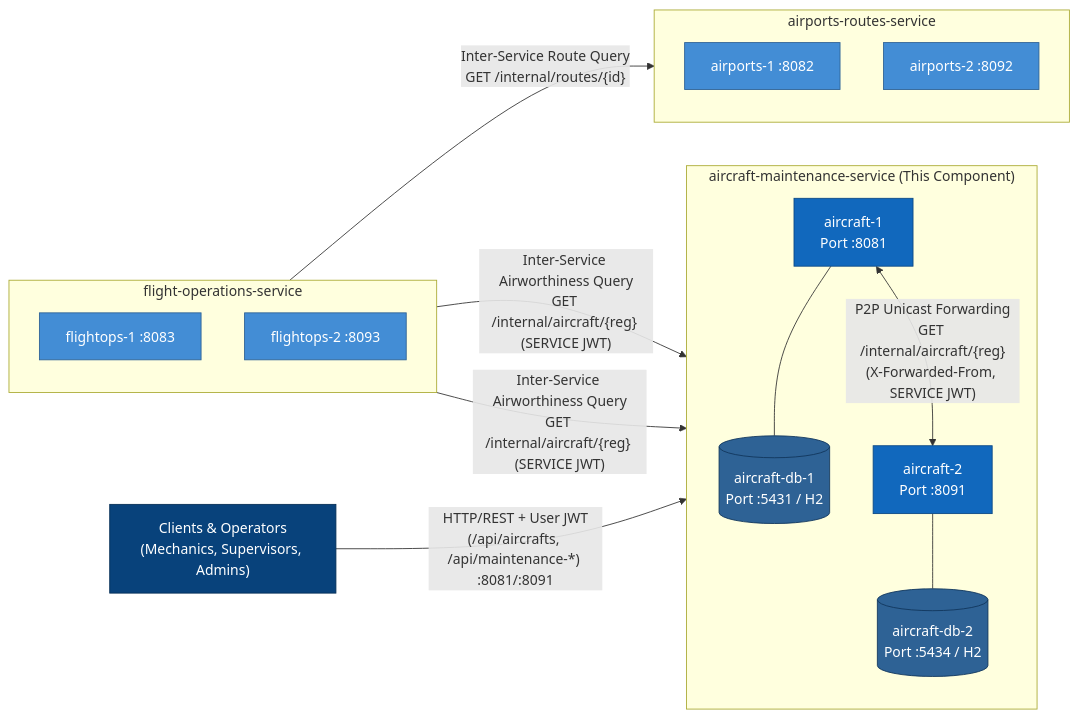
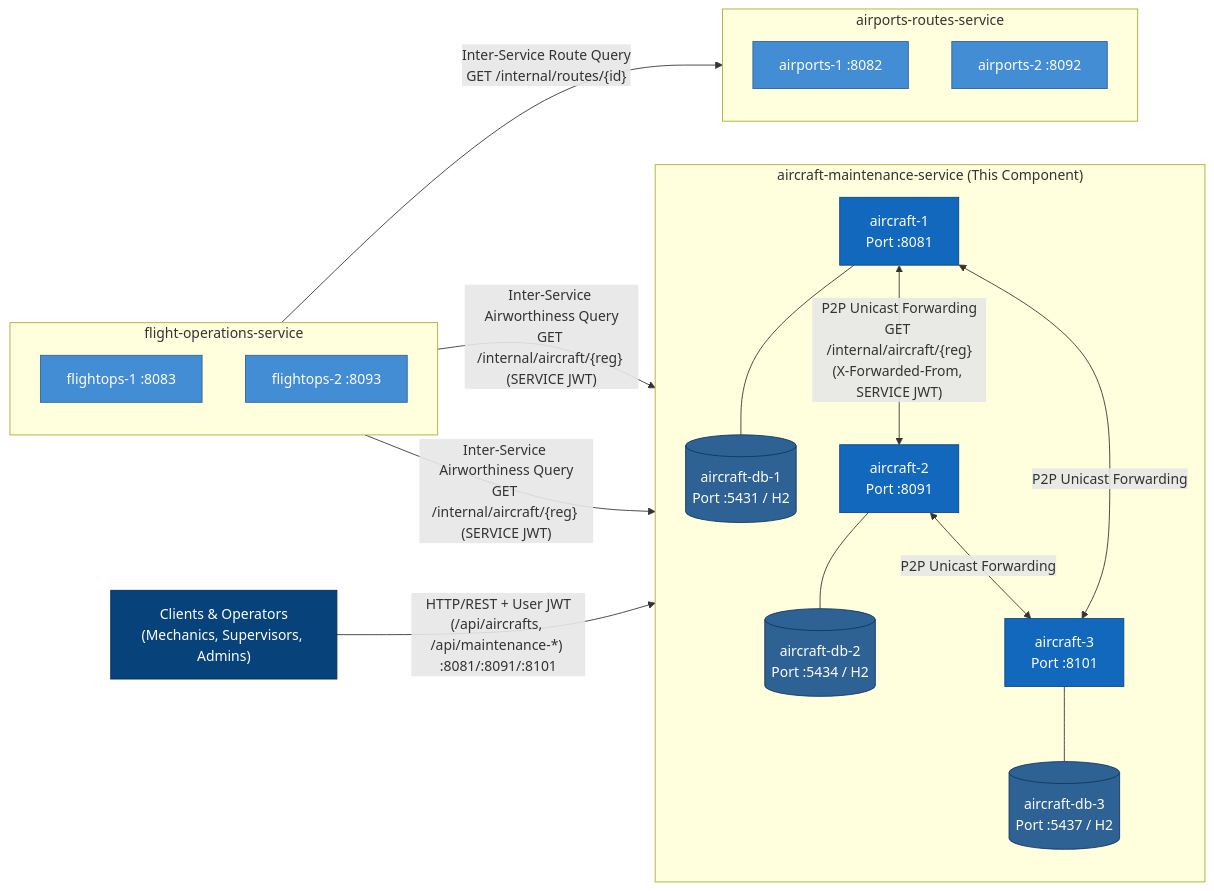
Before and after one commit to ImJay1527/aircraft-maintenance-service: the second of 9 diagrams in docs/architecture.md, drawn with Mermaid. The commit also changed other lines of this file and 1 other file, not shown here.

Commit message:
docs: align C4 and Deployment diagrams with 3-node cluster and databases

````diff
--- a/docs/architecture.md
+++ b/docs/architecture.md
@@ -238,38 +238,43 @@
 ```mermaid
 %% C4 Level 2 - Container Diagram
 flowchart LR
     classDef client fill:#08427b,stroke:#052e56,color:#fff;
     classDef am fill:#1168bd,stroke:#0b4884,color:#fff;
     classDef peer fill:#438dd5,stroke:#2e6295,color:#fff;
     classDef db fill:#2e6295,stroke:#11365c,color:#fff,shape:cylinder;
 
     client["Clients & Operators<br/>(Mechanics, Supervisors, Admins)"]:::client
 
     subgraph AM["aircraft-maintenance-service (This Component)"]
         direction TB
         am1["aircraft-1<br/>Port :8081"]:::am
         am2["aircraft-2<br/>Port :8091"]:::am
+        am3["aircraft-3<br/>Port :8101"]:::am
         db1[("aircraft-db-1<br/>Port :5431 / H2")]:::db
         db2[("aircraft-db-2<br/>Port :5434 / H2")]:::db
+        db3[("aircraft-db-3<br/>Port :5437 / H2")]:::db
         am1 --- db1
         am2 --- db2
+        am3 --- db3
         am1 <-->|"P2P Unicast Forwarding<br/>GET /internal/aircraft/{reg}<br/>(X-Forwarded-From, SERVICE JWT)"| am2
+        am2 <-->|"P2P Unicast Forwarding"| am3
+        am1 <-->|"P2P Unicast Forwarding"| am3
     end
 
     subgraph FO["flight-operations-service"]
         direction TB
         fo1["flightops-1 :8083"]:::peer
         fo2["flightops-2 :8093"]:::peer
     end
 
     subgraph AR["airports-routes-service"]
         direction TB
         ar1["airports-1 :8082"]:::peer
         ar2["airports-2 :8092"]:::peer
     end
 
-    client -->|"HTTP/REST + User JWT<br/>(/api/aircrafts, /api/maintenance-*) :8081/:8091"| AM
+    client -->|"HTTP/REST + User JWT<br/>(/api/aircrafts, /api/maintenance-*) :8081/:8091/:8101"| AM
     fo1 -->|"Inter-Service Airworthiness Query<br/>GET /internal/aircraft/{reg} (SERVICE JWT)"| am1
     fo2 -->|"Inter-Service Airworthiness Query<br/>GET /internal/aircraft/{reg} (SERVICE JWT)"| am2
     fo1 -->|"Inter-Service Route Query<br/>GET /internal/routes/{id}"| AR
 ```
````
